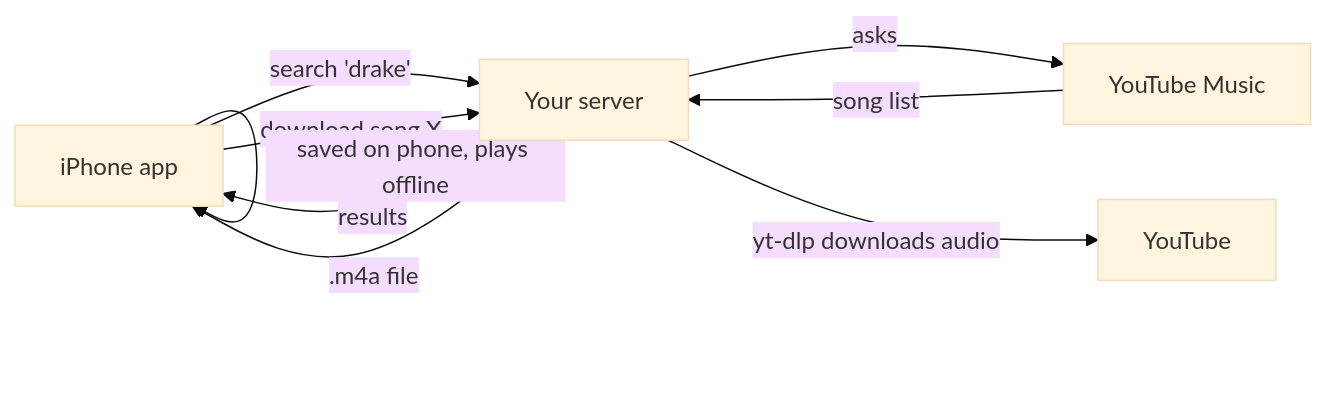
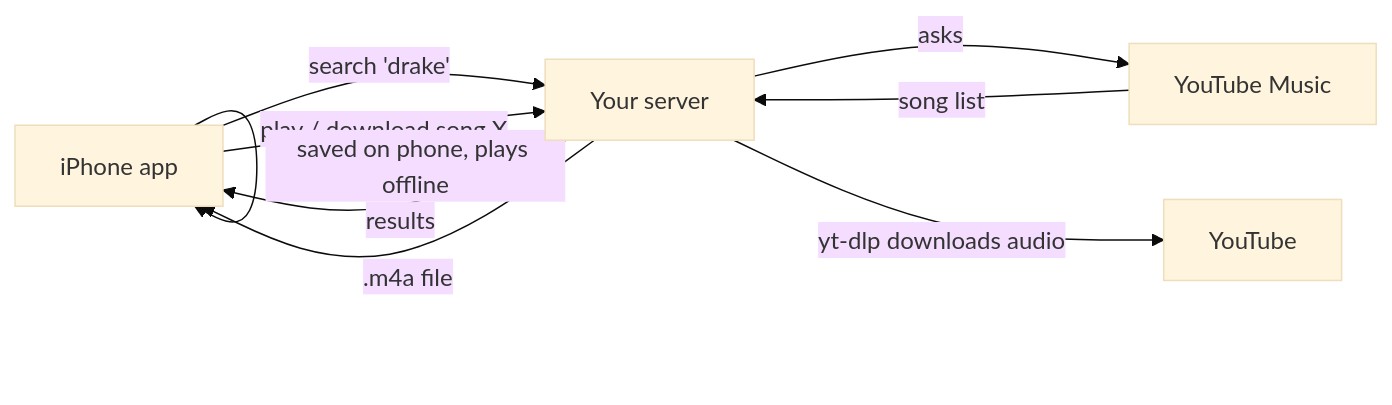
The diagram in README.md (karimyll/musicapp), drawn with Mermaid (base theme) before and after one commit. The commit also changed other lines of this file and 10 other files, not shown here.

````diff
--- a/README.md
+++ b/README.md
@@ -33,11 +35,11 @@
 ```mermaid
 flowchart LR
     A[iPhone app] -- "search 'drake'" --> B[Your server]
     B -- asks --> C[YouTube Music]
     C -- song list --> B
     B -- results --> A
-    A -- "download song X" --> B
+    A -- "play / download song X" --> B
     B -- "yt-dlp downloads audio" --> D[YouTube]
     B -- ".m4a file" --> A
     A -- "saved on phone, plays offline" --> A
 ```
````
